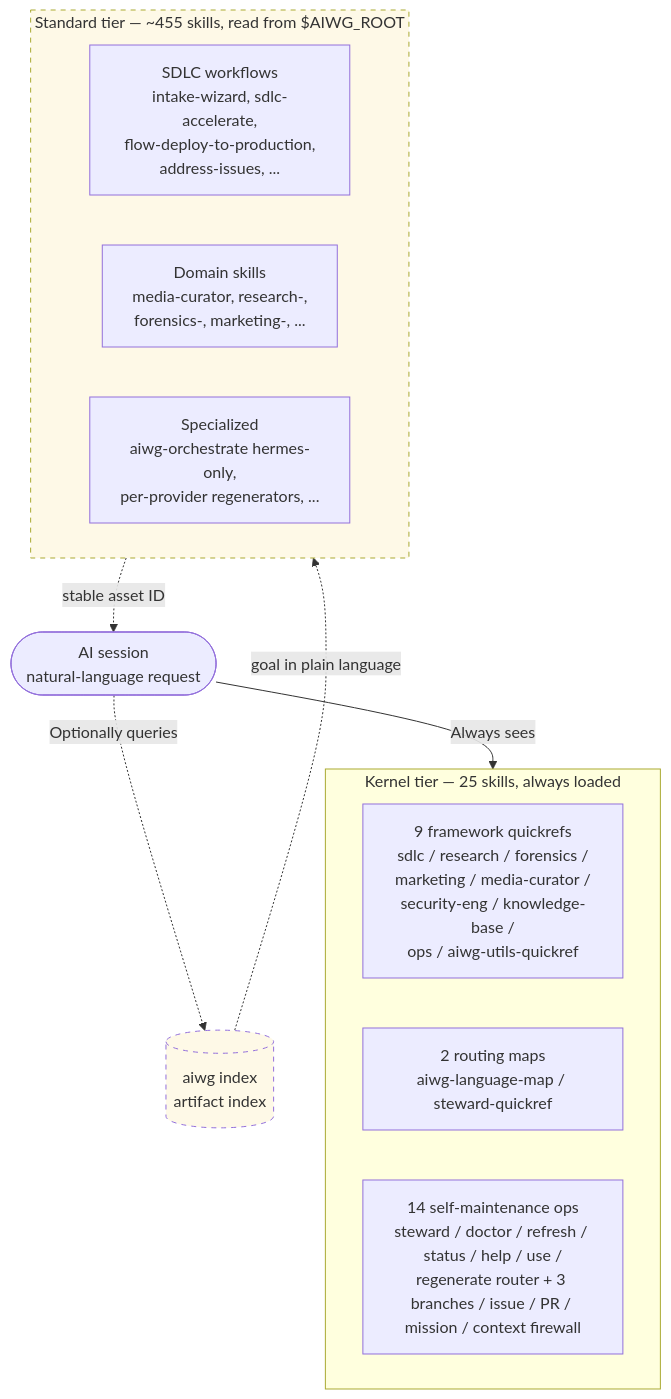
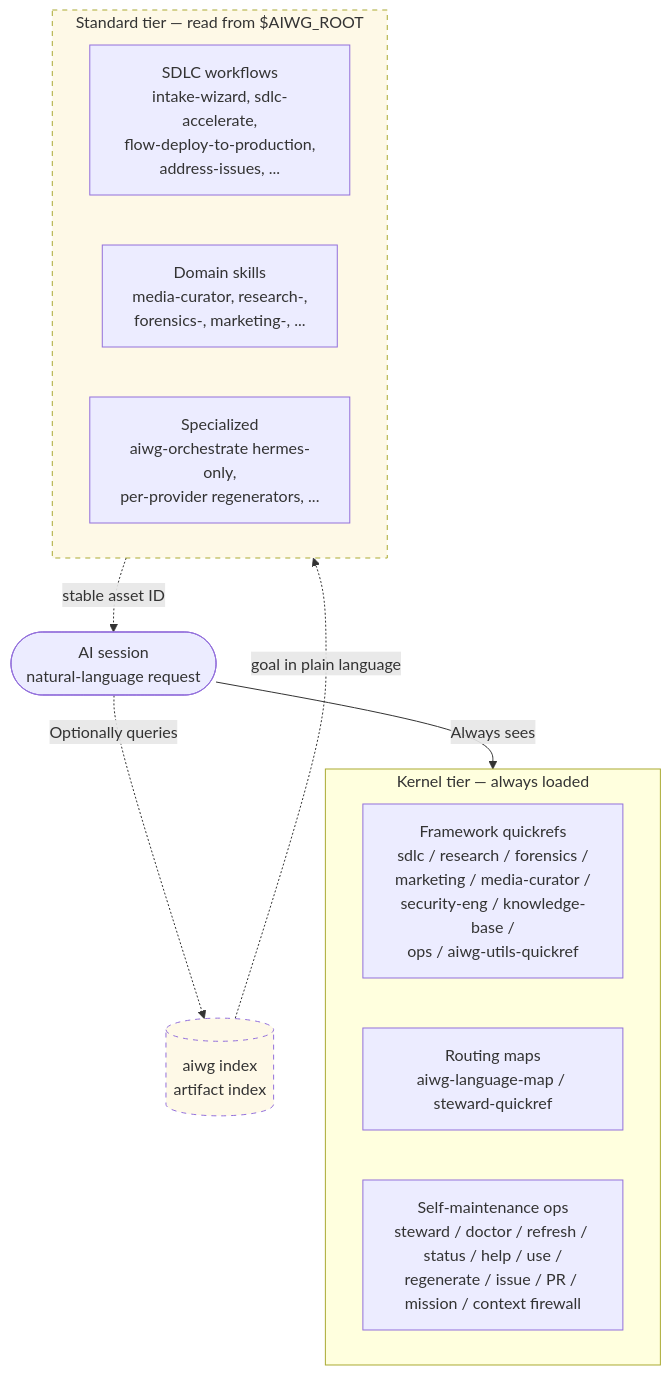
Before and after one commit to jmagly/ai-writing-guide: the second of 8 diagrams in docs/architecture-overview.md, drawn with Mermaid. The commit also changed other lines of this file and 135 other files, not shown here.

````diff
--- a/docs/architecture-overview.md
+++ b/docs/architecture-overview.md
@@ -75,27 +83,27 @@
 ```mermaid
 flowchart TB
-  subgraph KERNEL["Kernel tier — 25 skills, always loaded"]
+  subgraph KERNEL["Kernel tier — always loaded"]
     direction LR
-    K1[9 framework quickrefs<br/>sdlc / research / forensics /<br/>marketing / media-curator /<br/>security-eng / knowledge-base /<br/>ops / aiwg-utils-quickref]
-    K2[2 routing maps<br/>aiwg-language-map / steward-quickref]
-    K3[14 self-maintenance ops<br/>steward / doctor / refresh / status / help / use /<br/>regenerate router + 3 branches / issue / PR / mission / context firewall]
+    K1[Framework quickrefs<br/>sdlc / research / forensics /<br/>marketing / media-curator /<br/>security-eng / knowledge-base /<br/>ops / aiwg-utils-quickref]
+    K2[Routing maps<br/>aiwg-language-map / steward-quickref]
+    K3[Self-maintenance ops<br/>steward / doctor / refresh / status / help / use /<br/>regenerate / issue / PR / mission / context firewall]
   end
 
-  subgraph STANDARD["Standard tier — ~455 skills, read from $AIWG_ROOT"]
+  subgraph STANDARD["Standard tier — read from $AIWG_ROOT"]
     direction LR
     S1[SDLC workflows<br/>intake-wizard, sdlc-accelerate,<br/>flow-deploy-to-production,<br/>address-issues, ...]
     S2[Domain skills<br/>media-curator, research-,<br/>forensics-, marketing-, ...]
     S3[Specialized<br/>aiwg-orchestrate hermes-only,<br/>per-provider regenerators, ...]
   end
 
   AGENT([AI session<br/>natural-language request])
 
   AGENT -->|Always sees| KERNEL
   AGENT -.->|Optionally queries| INDEX[(aiwg index<br/>artifact index)]
   INDEX -.->|goal in plain language| STANDARD
   STANDARD -.->|stable asset ID| AGENT
 
   classDef optional stroke-dasharray: 5 5,fill:#fef9e7
   class INDEX optional
   class STANDARD optional
 ```
````
